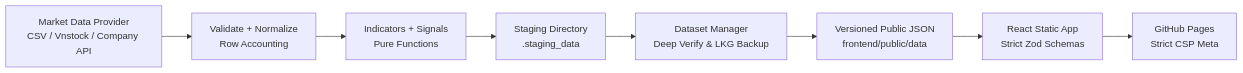
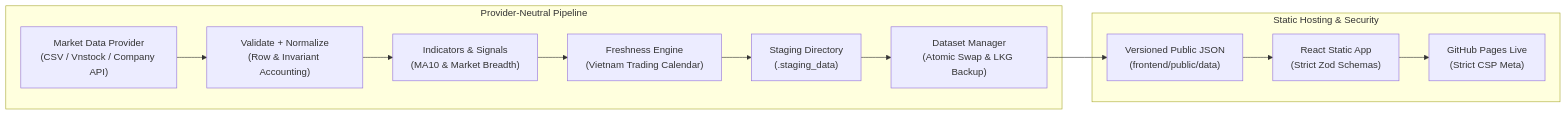
The diagram in docs/05-architecture.md (Tdieney/signal-tracker), drawn with Mermaid before and after one commit. The commit also changed other lines of this file and 32 other files, not shown here.

Commit message:
fix(phase2): unify provider contract, harden dataset manager, sanitize credentials, and tighten E2E allow-lists

````diff
--- a/docs/05-architecture.md
+++ b/docs/05-architecture.md
@@ -5,10 +5,16 @@
 ```mermaid
 flowchart LR
-  P[Market Data Provider\nCSV / Vnstock / Company API] --> V[Validate + Normalize\nRow Accounting]
-  V --> I[Indicators + Signals\nPure Functions]
-  I --> S[Staging Directory\n.staging_data]
-  S --> D[Dataset Manager\nDeep Verify & LKG Backup]
-  D --> J[Versioned Public JSON\nfrontend/public/data]
-  J --> F[React Static App\nStrict Zod Schemas]
-  F --> G[GitHub Pages\nStrict CSP Meta]
+  subgraph DataPipeline["Provider-Neutral Pipeline"]
+    P["Market Data Provider\n(CSV / Vnstock / Company API)"] --> V["Validate + Normalize\n(Row & Invariant Accounting)"]
+    V --> I["Indicators & Signals\n(MA10 & Market Breadth)"]
+    I --> F["Freshness Engine\n(Vietnam Trading Calendar)"]
+    F --> S["Staging Directory\n(.staging_data)"]
+    S --> DM["Dataset Manager\n(Atomic Swap & LKG Backup)"]
+  end
+
+  subgraph Distribution["Static Hosting & Security"]
+    DM --> J["Versioned Public JSON\n(frontend/public/data)"]
+    J --> R["React Static App\n(Strict Zod Schemas)"]
+    R --> GP["GitHub Pages Live\n(Strict CSP Meta)"]
+  end
 ```
````
